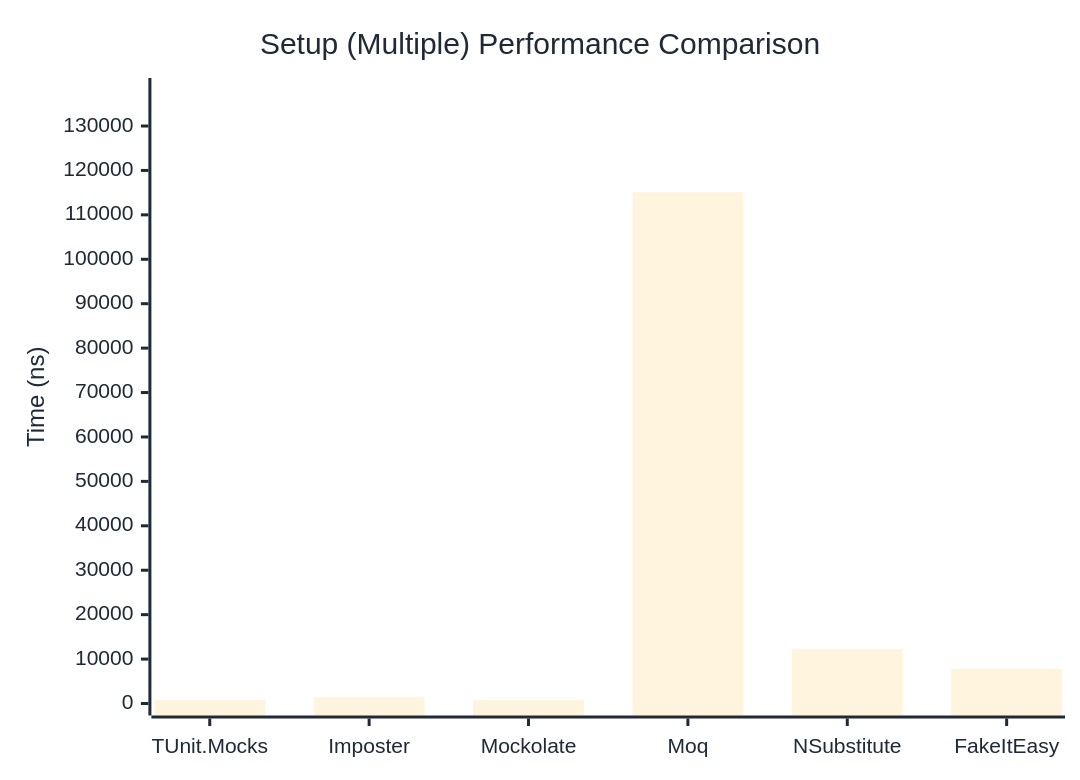
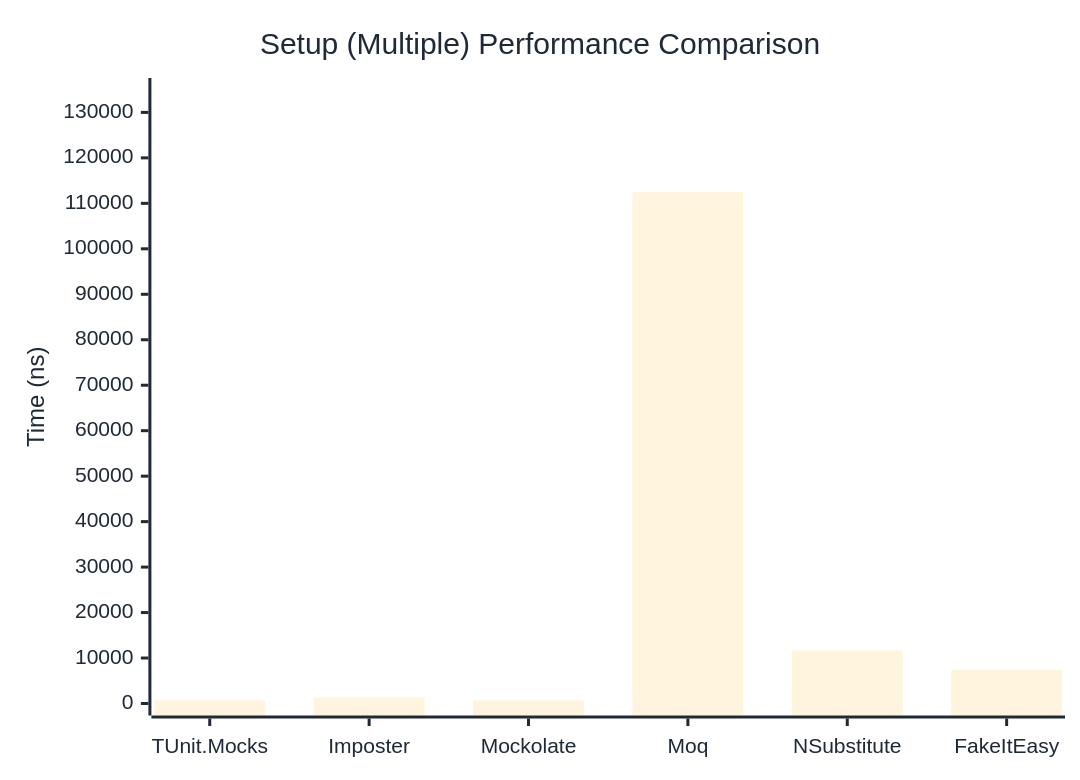
The second of 2 diagrams in docs/docs/benchmarks/mocks/Setup.md (thomhurst/TUnit), drawn with Mermaid before and after one commit. The commit also changed other lines of this file and 14 other files, not shown here.

````diff
--- a/docs/docs/benchmarks/mocks/Setup.md
+++ b/docs/docs/benchmarks/mocks/Setup.md
@@ -69,27 +69,27 @@
 ```mermaid
 %%{init: {
   'theme':'base',
   'themeVariables': {
     'primaryColor': '#2563eb',
     'primaryTextColor': '#1f2937',
     'primaryBorderColor': '#1e40af',
     'lineColor': '#6b7280',
     'secondaryColor': '#7c3aed',
     'tertiaryColor': '#dc2626',
     'background': '#ffffff',
     'pie1': '#2563eb',
     'pie2': '#7c3aed',
     'pie3': '#dc2626',
     'pie4': '#f59e0b',
     'pie5': '#10b981',
     'pie6': '#06b6d4',
     'pie7': '#ec4899',
     'pie8': '#6366f1'
   }
 }}%%
 xychart-beta
   title "Setup (Multiple) Performance Comparison"
   x-axis ["TUnit.Mocks", "Imposter", "Mockolate", "Moq", "NSubstitute", "FakeItEasy"]
-  y-axis "Time (ns)" 0 --> 138107
-  bar [803, 1409.6, 741.1, 115088.7, 12310.4, 7799.4]
+  y-axis "Time (ns)" 0 --> 134928
+  bar [681.9, 1306.9, 663.5, 112440, 11663.3, 7415.3]
 ```
````
